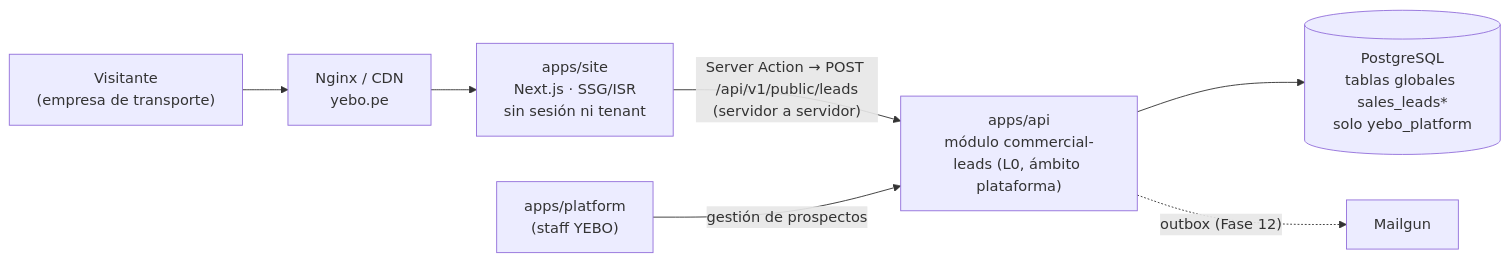
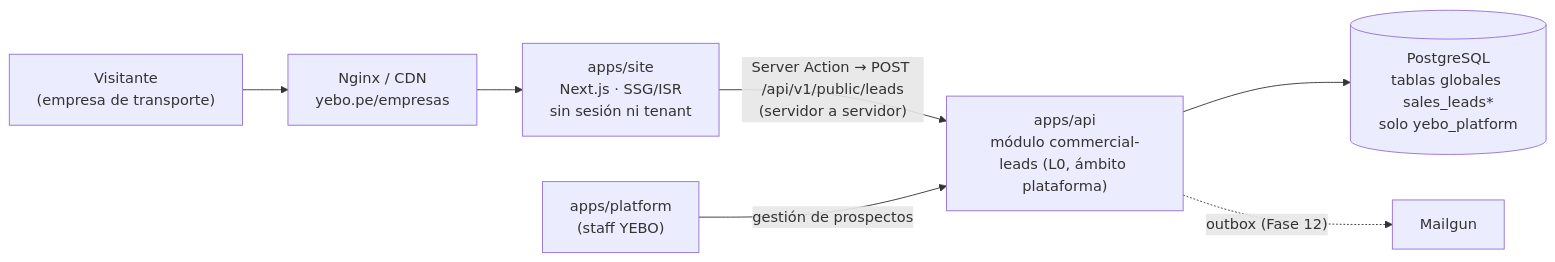
The first of 2 diagrams in docs/marketing/mkt-01-commercial-site.md (dyjhor014/yebo), drawn with Mermaid before and after one commit. The commit also changed other lines of this file and 9 other files, not shown here.

````diff
--- a/docs/marketing/mkt-01-commercial-site.md
+++ b/docs/marketing/mkt-01-commercial-site.md
@@ -69,9 +69,9 @@
 ```mermaid
 flowchart LR
-  V["Visitante<br/>(empresa de transporte)"] --> N["Nginx / CDN<br/>yebo.pe"]
+  V["Visitante<br/>(empresa de transporte)"] --> N["Nginx / CDN<br/>yebo.pe/empresas"]
   N --> S["apps/site<br/>Next.js · SSG/ISR<br/>sin sesión ni tenant"]
   S -->|"Server Action → POST /api/v1/public/leads<br/>(servidor a servidor)"| API["apps/api<br/>módulo commercial-leads (L0, ámbito plataforma)"]
   API --> PG[("PostgreSQL<br/>tablas globales sales_leads*<br/>solo yebo_platform")]
   P["apps/platform<br/>(staff YEBO)"] -->|"gestión de prospectos"| API
   API -.->|"outbox (Fase 12)"| MG[Mailgun]
 ```
````
